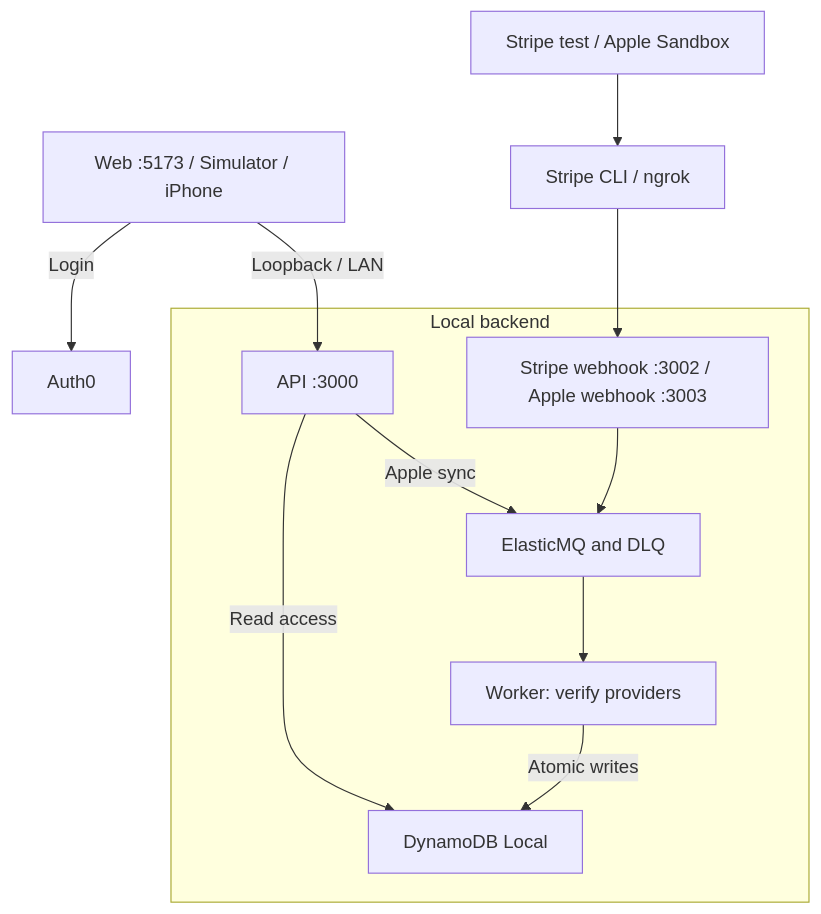
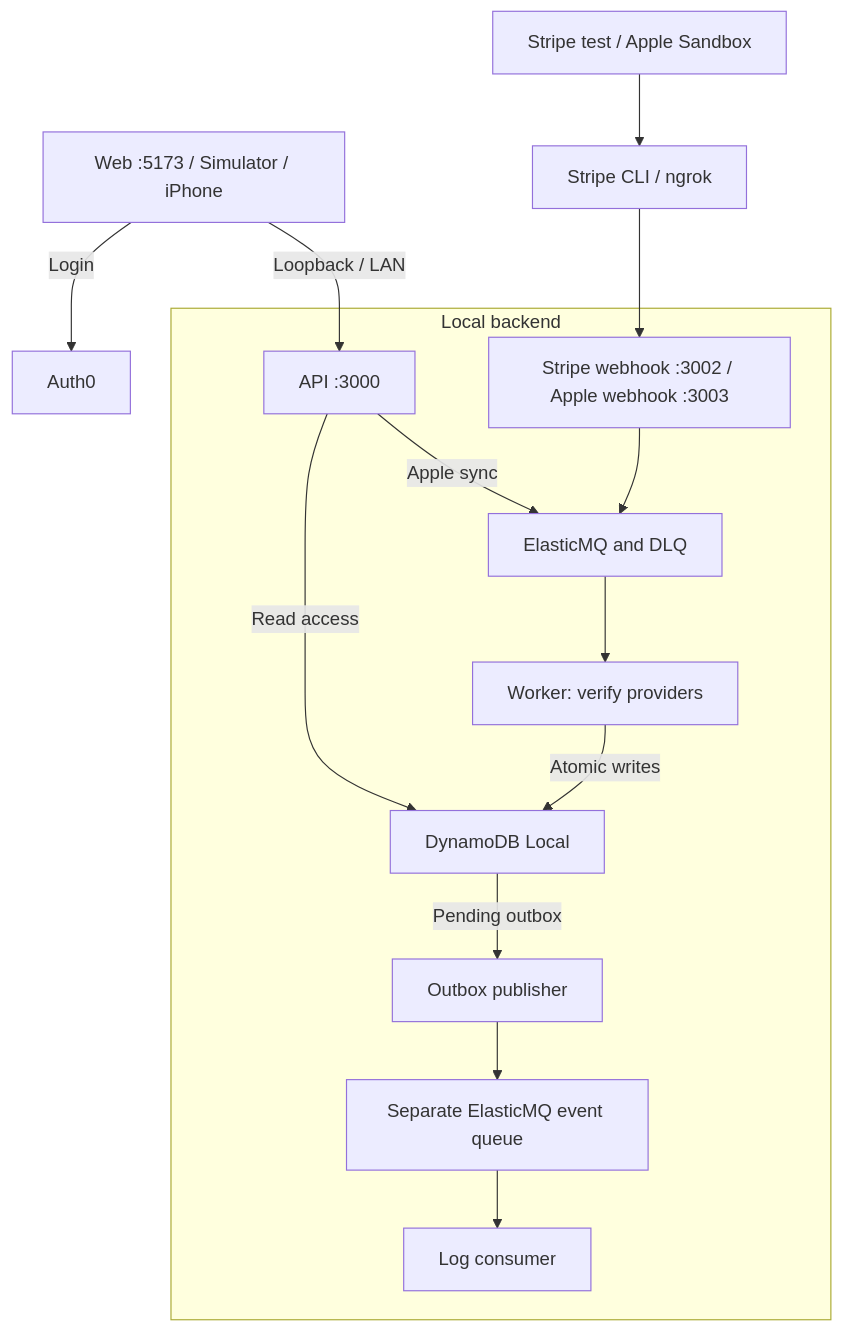
One commit to phillippbertram/subscription-consolidation-workshop changed the first of 2 diagrams in docs/ARCHITECTURE.md. Above: the diagram before and after it, drawn with Mermaid. The commit also changed other lines of this file and 30 other files, not shown here.

First line of the commit message:
feat(billing): add local outbox publisher

````diff
--- a/docs/ARCHITECTURE.md
+++ b/docs/ARCHITECTURE.md
@@ -23,17 +24,19 @@
 ```mermaid
 flowchart TB
     Clients["Web :5173 / Simulator / iPhone"] -->|"Login"| Auth0["Auth0"]
     Providers["Stripe test / Apple Sandbox"] --> Forward["Stripe CLI / ngrok"]
     subgraph Host["Local backend"]
         API["API :3000"]
         Hooks["Stripe webhook :3002 / Apple webhook :3003"]
         Queue["ElasticMQ and DLQ"]
         Worker["Worker: verify providers"]
         DB["DynamoDB Local"]
         API -->|"Read access"| DB
         API -->|"Apple sync"| Queue
         Hooks --> Queue --> Worker -->|"Atomic writes"| DB
+        DB -->|"Pending outbox"| Publisher["Outbox publisher"]
+        Publisher --> Events["Separate ElasticMQ event queue"] --> Consumer["Log consumer"]
     end
     Clients -->|"Loopback / LAN"| API
     Forward --> Hooks
 ```
````
